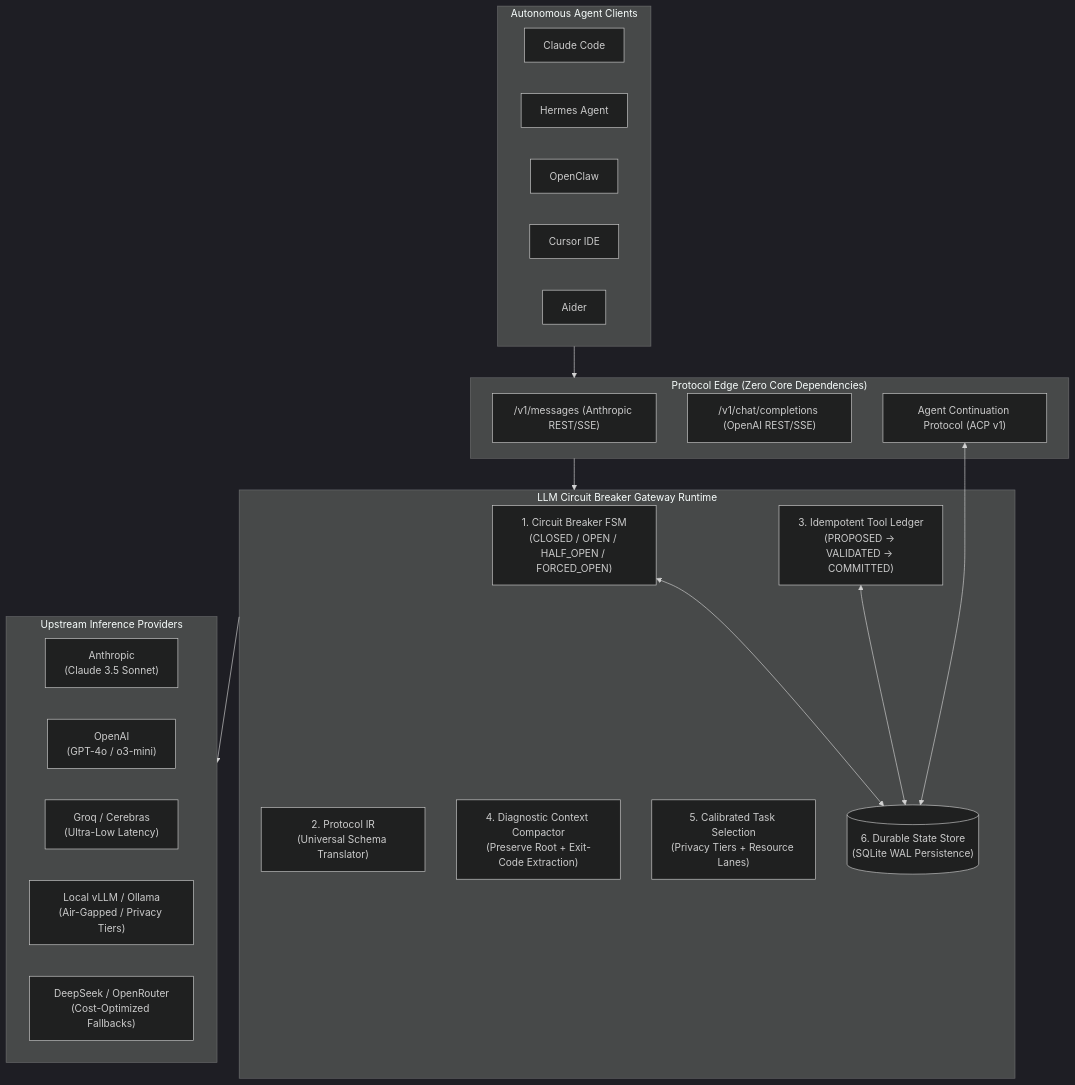
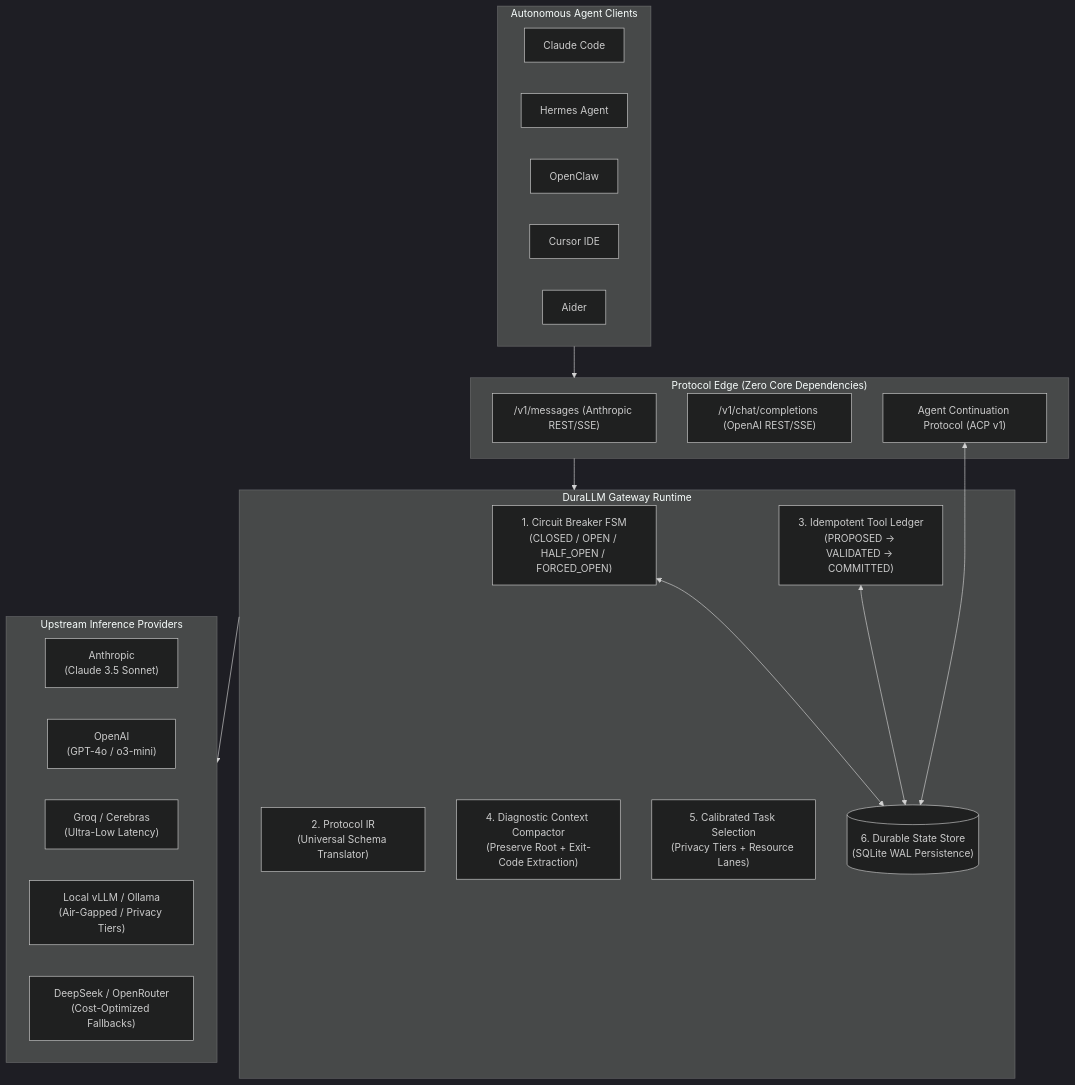
Before and after one commit to d2epak/durallm: the diagram in README.md, drawn with Mermaid (dark theme). The commit also changed other lines of this file and 32 other files, not shown here.

Commit message:
refactor: replace legacy project name references with DuraLLM

````diff
--- a/README.md
+++ b/README.md
@@ -75,40 +75,40 @@
 ```mermaid
 flowchart TD
     subgraph Agents ["Autonomous Agent Clients"]
         CC[Claude Code]
         HA[Hermes Agent]
         OC[OpenClaw]
         CU[Cursor IDE]
         AI[Aider]
     end
 
     subgraph Edge ["Protocol Edge (Zero Core Dependencies)"]
         P1["/v1/messages (Anthropic REST/SSE)"]
         P2["/v1/chat/completions (OpenAI REST/SSE)"]
         ACP["Agent Continuation Protocol (ACP v1)"]
     end
 
-    subgraph Runtime ["LLM Circuit Breaker Gateway Runtime"]
+    subgraph Runtime ["DuraLLM Gateway Runtime"]
         CB["1. Circuit Breaker FSM\n(CLOSED / OPEN / HALF_OPEN / FORCED_OPEN)"]
         IR["2. Protocol IR\n(Universal Schema Translator)"]
         TL["3. Idempotent Tool Ledger\n(PROPOSED → VALIDATED → COMMITTED)"]
         CCMP["4. Diagnostic Context Compactor\n(Preserve Root + Exit-Code Extraction)"]
         ROUT["5. Calibrated Task Selection\n(Privacy Tiers + Resource Lanes)"]
         WAL[("6. Durable State Store\n(SQLite WAL Persistence)")]
     end
 
     subgraph Upstreams ["Upstream Inference Providers"]
         U1["Anthropic\n(Claude 3.5 Sonnet)"]
         U2["OpenAI\n(GPT-4o / o3-mini)"]
         U3["Groq / Cerebras\n(Ultra-Low Latency)"]
         U4["Local vLLM / Ollama\n(Air-Gapped / Privacy Tiers)"]
         U5["DeepSeek / OpenRouter\n(Cost-Optimized Fallbacks)"]
     end
 
     Agents --> Edge
     Edge --> Runtime
     CB <--> WAL
     TL <--> WAL
     ACP <--> WAL
     Runtime --> Upstreams
 ```
````
